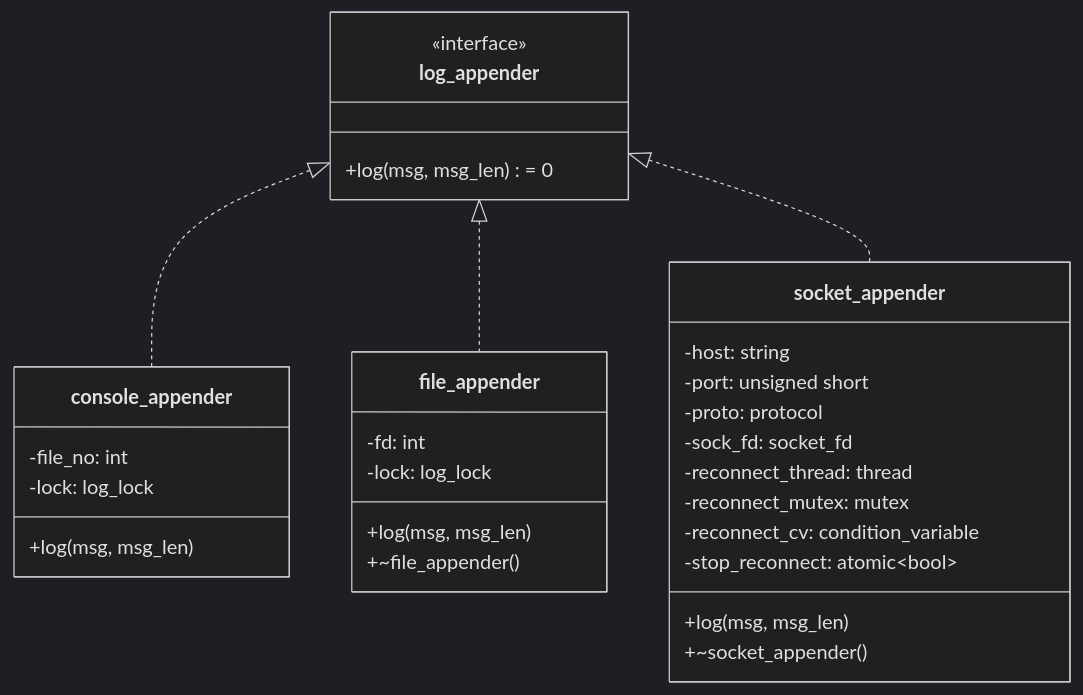
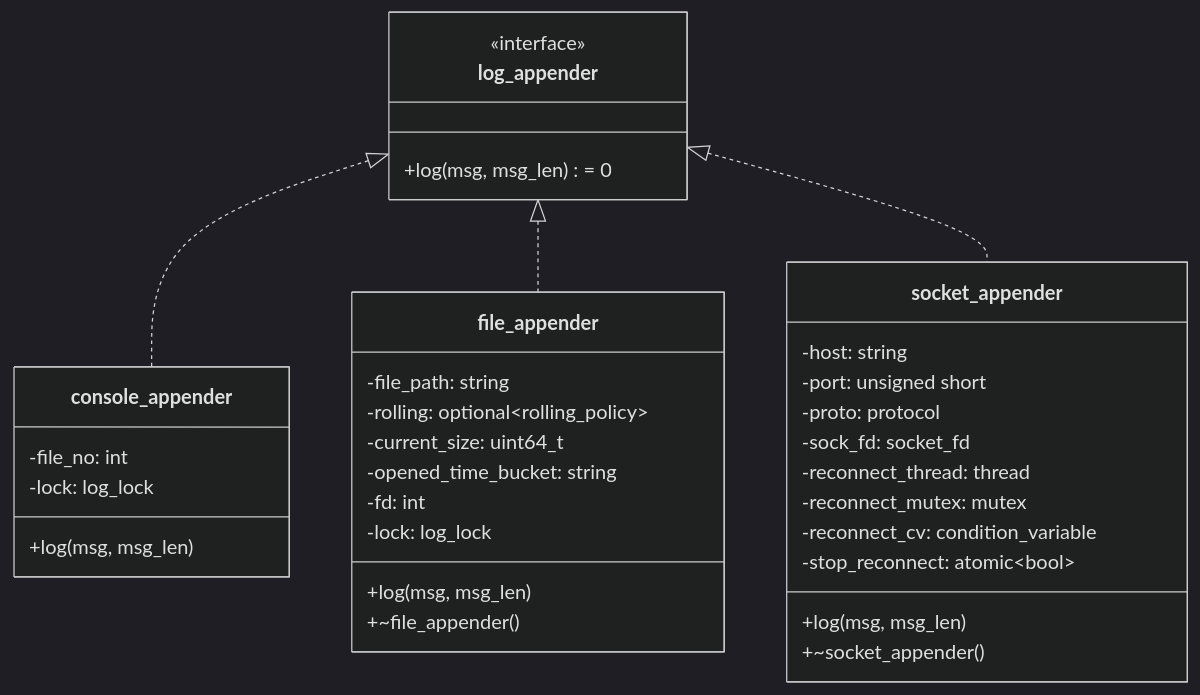
Before and after one commit to lwhttpdorg/log4cpp: the third of 10 diagrams in docs/DESIGN.md, drawn with Mermaid (dark theme). The commit also changed other lines of this file and 35 other files, not shown here.

````diff
--- a/docs/DESIGN.md
+++ b/docs/DESIGN.md
@@ -267,37 +268,41 @@
 ```mermaid
 classDiagram
     class log_appender {
         <<interface>>
         +log(msg, msg_len) = 0
     }
 
     class console_appender {
         -file_no: int
         -lock: log_lock
         +log(msg, msg_len)
     }
 
     class file_appender {
+        -file_path: string
+        -rolling: optional~rolling_policy~
+        -current_size: uint64_t
+        -opened_time_bucket: string
         -fd: int
         -lock: log_lock
         +log(msg, msg_len)
         +~file_appender()
     }
 
     class socket_appender {
         -host: string
         -port: unsigned short
         -proto: protocol
         -sock_fd: socket_fd
         -reconnect_thread: thread
         -reconnect_mutex: mutex
         -reconnect_cv: condition_variable
         -stop_reconnect: atomic~bool~
         +log(msg, msg_len)
         +~socket_appender()
     }
 
     log_appender <|.. console_appender
     log_appender <|.. file_appender
     log_appender <|.. socket_appender
 ```
````
